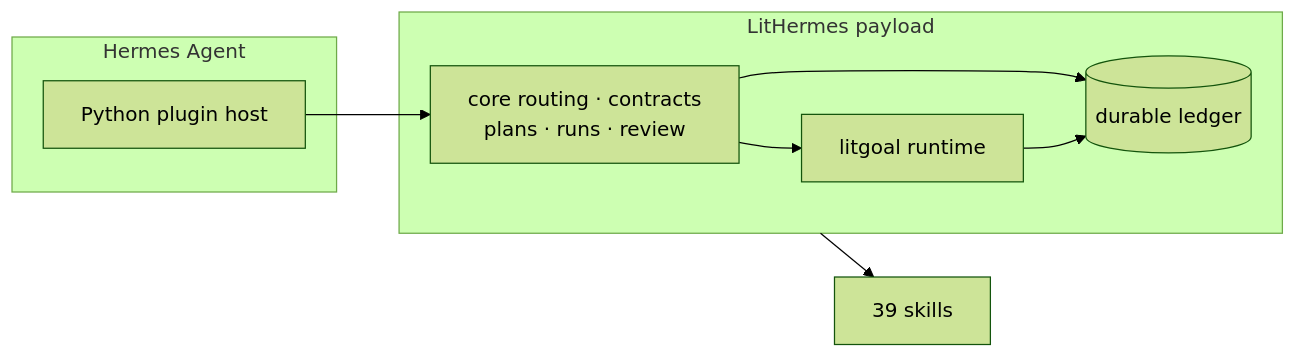
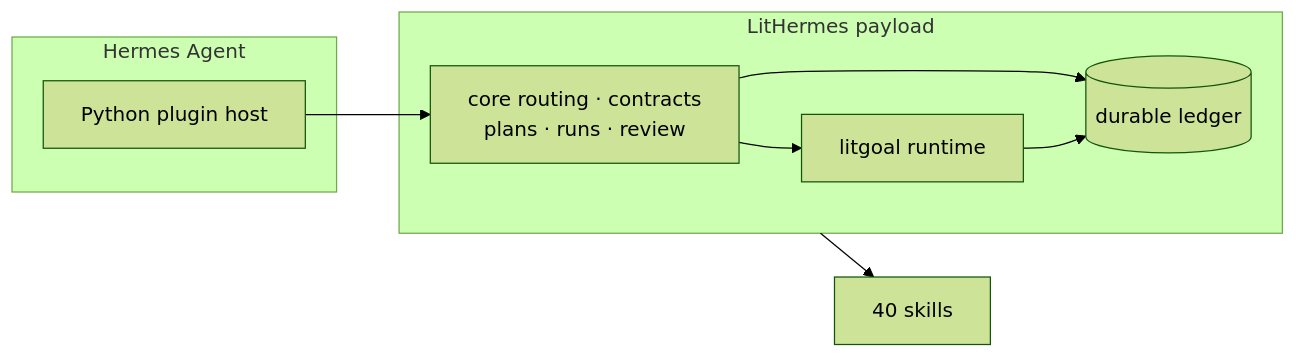
Before and after one commit to wjgoarxiv/lithermes: the second of 3 diagrams in docs/guide.ko.md, drawn with Mermaid (forest theme). The commit also changed 12 other files, not shown here.

````diff
--- a/docs/guide.ko.md
+++ b/docs/guide.ko.md
@@ -92,14 +92,14 @@
 ```mermaid
 flowchart LR
     subgraph HM["Hermes Agent"]
         PY["Python plugin host"]
     end
     subgraph LH["LitHermes payload"]
         CORE["core routing · contracts<br/>plans · runs · review"]
         GOAL["litgoal runtime"]
         LEDGER[("durable ledger")]
     end
     PY --> CORE --> LEDGER
     CORE --> GOAL --> LEDGER
-    LH --> S["39 skills"]
+    LH --> S["40 skills"]
 ```
````
